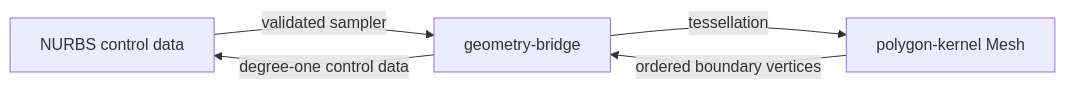
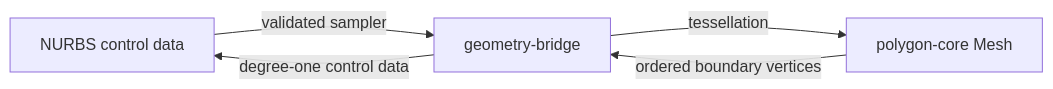
The diagram in crates/README.md (themoretheless/open-scad-viewer), drawn with Mermaid before and after one commit. The commit also changed other lines of this file and 96 other files, not shown here.

First line of the commit message:
Rename *-kernel crates to *-core

````diff
--- a/crates/README.md
+++ b/crates/README.md
@@ -10,7 +10,7 @@
 ```mermaid
 flowchart LR
     N[NURBS control data] -->|validated sampler| A[geometry-bridge]
-    A -->|tessellation| P[polygon-kernel Mesh]
+    A -->|tessellation| P[polygon-core Mesh]
     P -->|ordered boundary vertices| A
     A -->|degree-one control data| N
 ```
````
